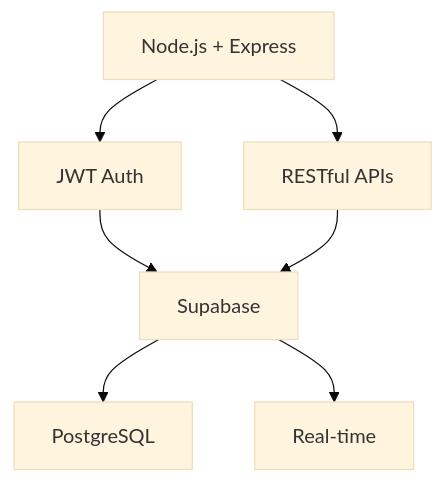
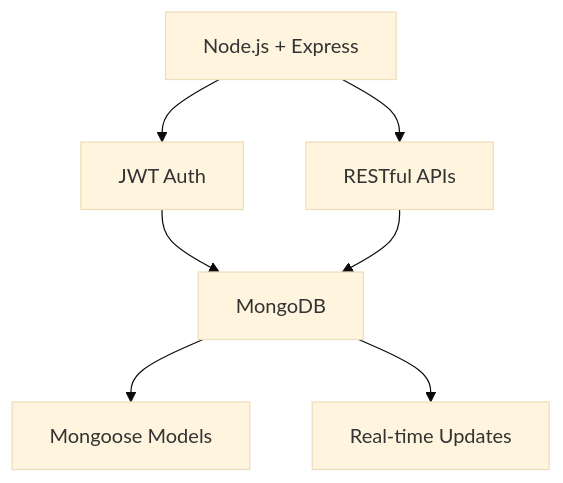
One commit to piyushku0331/Campus_connect changed the second of 2 diagrams in README.md. Above: the diagram before and after it, drawn with Mermaid (base theme). The commit also changed other lines of this file and 1 other file, not shown here.

Commit message:
docs: update deployment guide for MongoDB

````diff
--- a/README.md
+++ b/README.md
@@ -220,9 +234,9 @@
 ```mermaid
 graph TB
     A[Node.js + Express] --> B[JWT Auth]
     A --> C[RESTful APIs]
-    B --> D[Supabase]
+    B --> D[MongoDB]
     C --> D
-    D --> E[PostgreSQL]
-    D --> F[Real-time]
+    D --> E[Mongoose Models]
+    D --> F[Real-time Updates]
 ```
````
